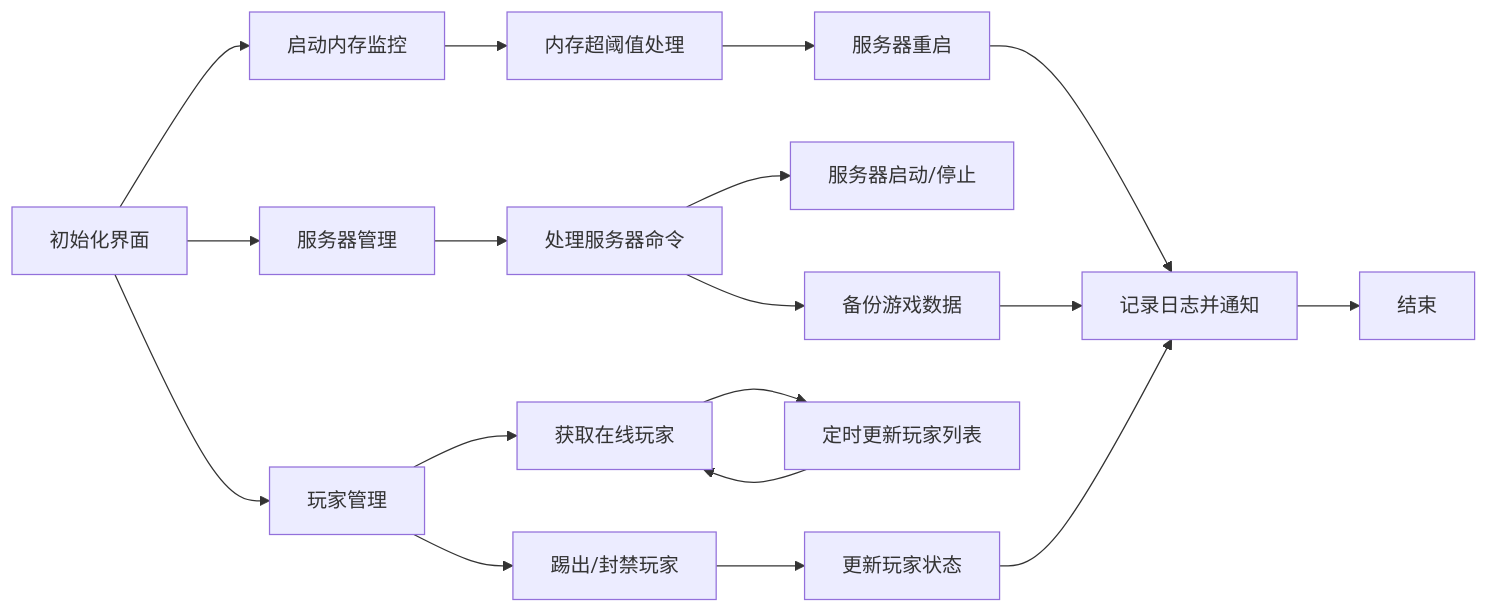
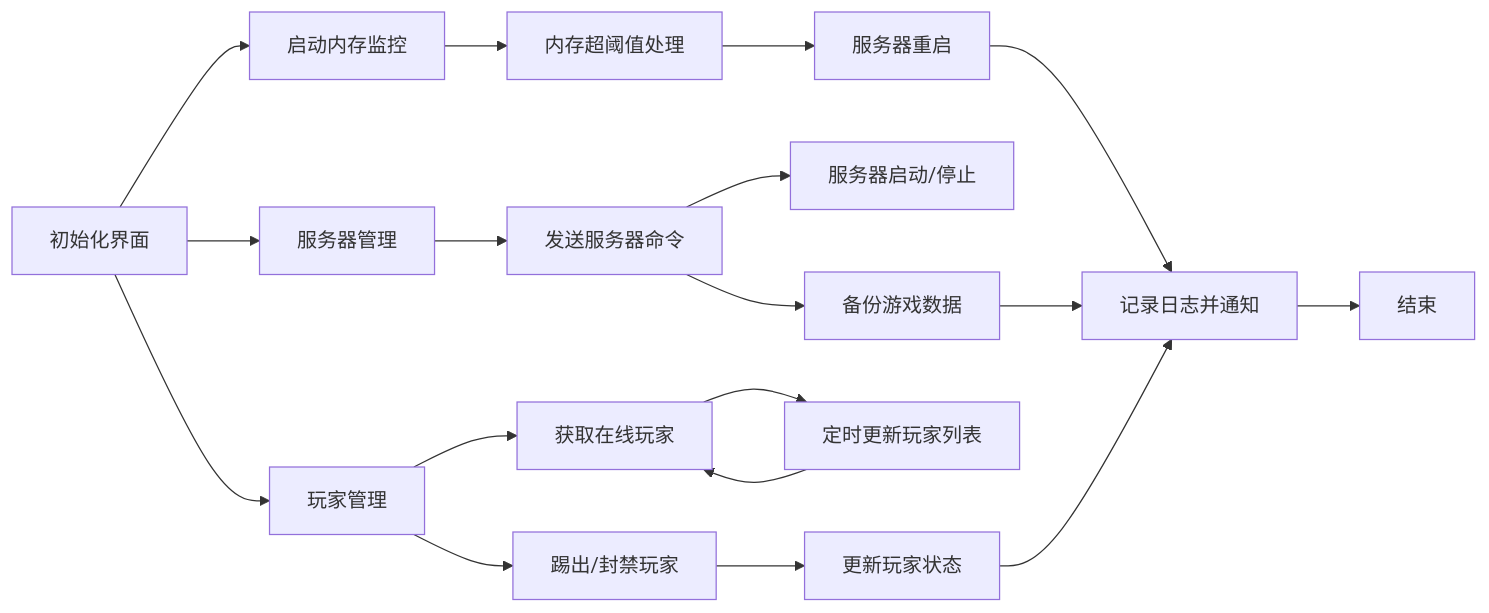
Before and after one commit to KirosHan/Palworld-server-protector-DotNet: the diagram in README.md, drawn with Mermaid.

````diff
--- a/README.md
+++ b/README.md
@@ -79,21 +79,21 @@
 ```mermaid
 graph LR
     A[初始化界面] --> B[启动内存监控]
     A --> C[服务器管理]
     A --> D[玩家管理]
     B --> E[内存超阈值处理]
-    C --> F[处理服务器命令]
+    C --> F[发送服务器命令]
     D --> G[获取在线玩家]
     D --> H[踢出/封禁玩家]
     E --> I[服务器重启]
     F --> J[服务器启动/停止]
     F --> K[备份游戏数据]
     G --> L[定时更新玩家列表]
     H --> M[更新玩家状态]
     I --> N[记录日志并通知]
     K --> N
     M --> N
     L --> G
     N --> O[结束]
 
 ```
````
